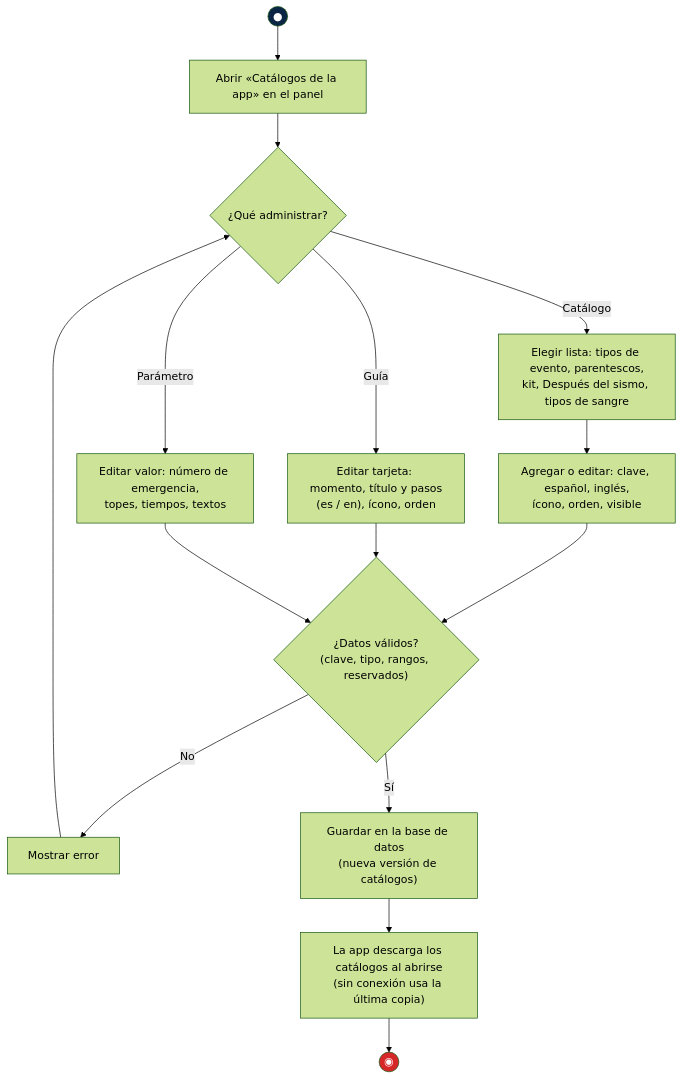
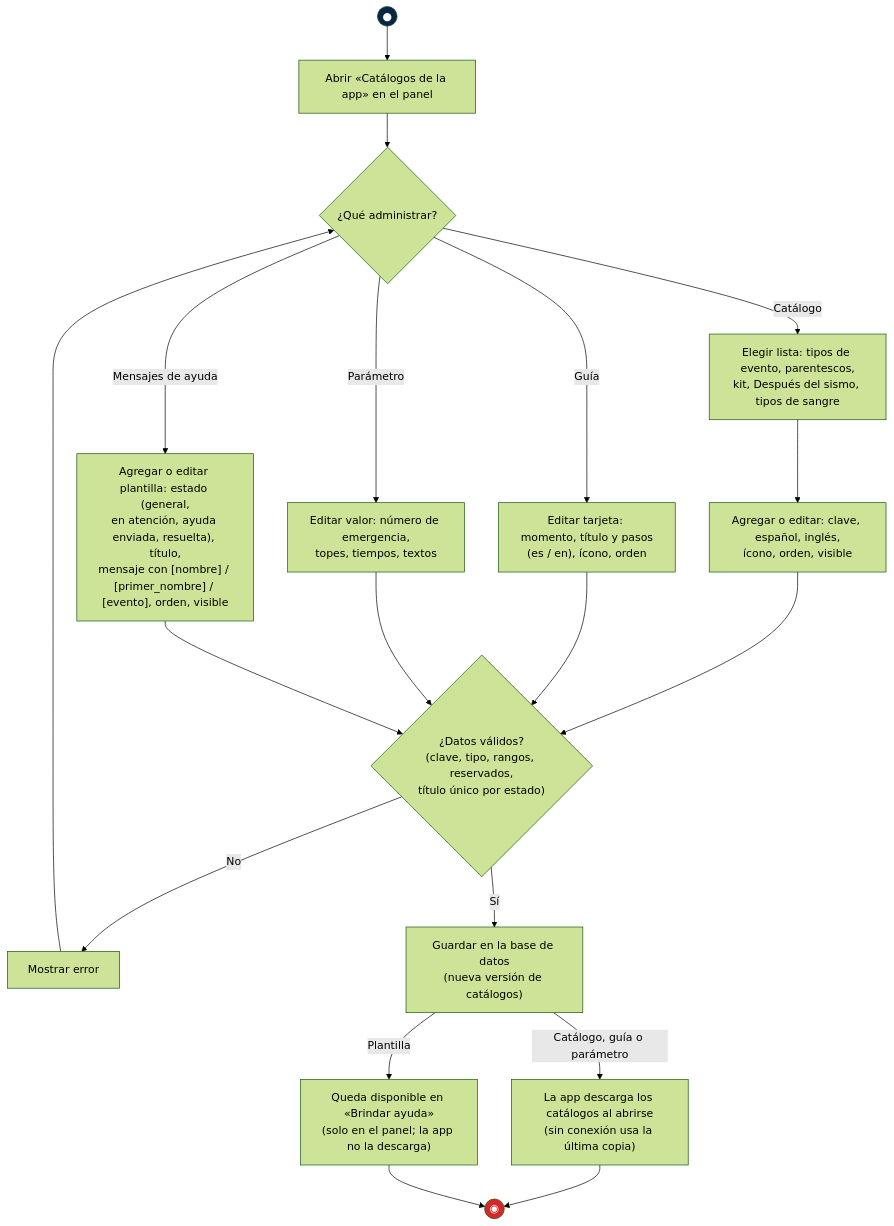
The diagram in screenshots/segunda_entrega/diagramas/fuentes/1-uml-y-funcionales/02d-actividades-operador-administrar-contenido.mmd (Davidhunter13/Sismo_front), drawn with Mermaid (forest theme) before and after one commit. The commit also changed 97 other files, not shown here.

First line of the commit message:
feat: ayuda urgente, mensajes con formato, sismos con gráfica, Inicio que avisa qué falta y documentación por fases

```diff
--- a/screenshots/segunda_entrega/diagramas/fuentes/1-uml-y-funcionales/02d-actividades-operador-administrar-contenido.mmd
+++ b/screenshots/segunda_entrega/diagramas/fuentes/1-uml-y-funcionales/02d-actividades-operador-administrar-contenido.mmd
@@ -1,15 +1,18 @@
-%% title: Diagrama de actividades — Operador: administrar catálogos, guía y parámetros
+%% title: Diagrama de actividades — Operador: administrar catálogos, guía, parámetros y plantillas de mensaje
 flowchart TD
   S((●)):::ini --> A["Abrir «Catálogos de la app» en el panel"]
   A --> B{"¿Qué administrar?"}
   B -- Catálogo --> C["Elegir lista: tipos de evento, parentescos,<br/>kit, Después del sismo, tipos de sangre"]
   C --> C1["Agregar o editar: clave, español, inglés,<br/>ícono, orden, visible"]
   B -- Guía --> D["Editar tarjeta: momento, título y pasos<br/>(es / en), ícono, orden"]
   B -- Parámetro --> E["Editar valor: número de emergencia,<br/>topes, tiempos, textos"]
-  C1 & D & E --> V{"¿Datos válidos?<br/>(clave, tipo, rangos, reservados)"}
+  B -- Mensajes de ayuda --> T["Agregar o editar plantilla: estado (general,<br/>en atención, ayuda enviada, resuelta), título,<br/>mensaje con [nombre] / [primer_nombre] / [evento], orden, visible"]
+  C1 & D & E & T --> V{"¿Datos válidos?<br/>(clave, tipo, rangos, reservados,<br/>título único por estado)"}
   V -- No --> M["Mostrar error"] --> B
   V -- Sí --> G["Guardar en la base de datos<br/>(nueva versión de catálogos)"]
-  G --> H["La app descarga los catálogos al abrirse<br/>(sin conexión usa la última copia)"]
+  G -- Catálogo, guía o parámetro --> H["La app descarga los catálogos al abrirse<br/>(sin conexión usa la última copia)"]
+  G -- Plantilla --> P["Queda disponible en «Brindar ayuda»<br/>(solo en el panel; la app no la descarga)"]
   H --> F1((◉)):::fin
+  P --> F1
   classDef ini fill:#0b2545,color:#fff
   classDef fin fill:#d62828,color:#fff
```
